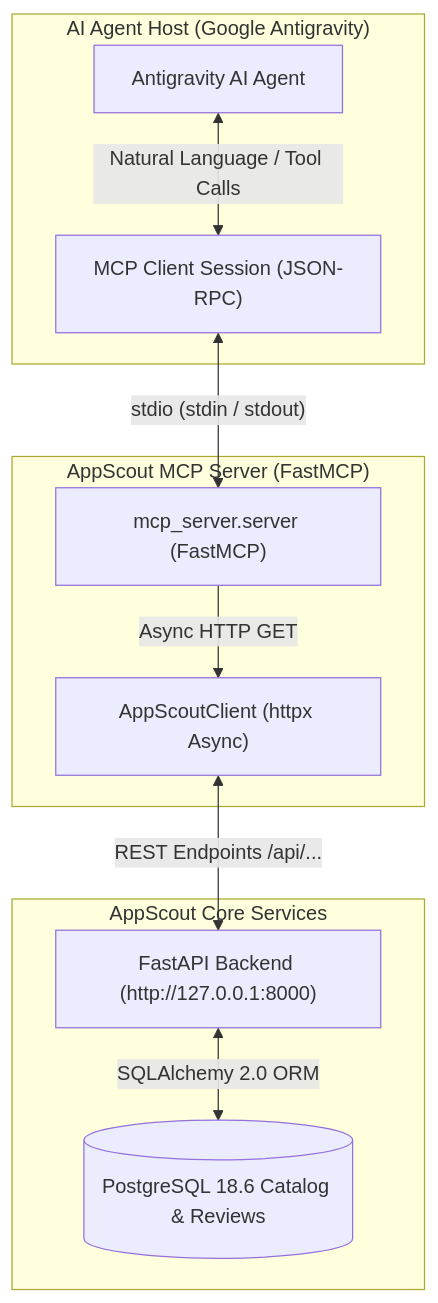
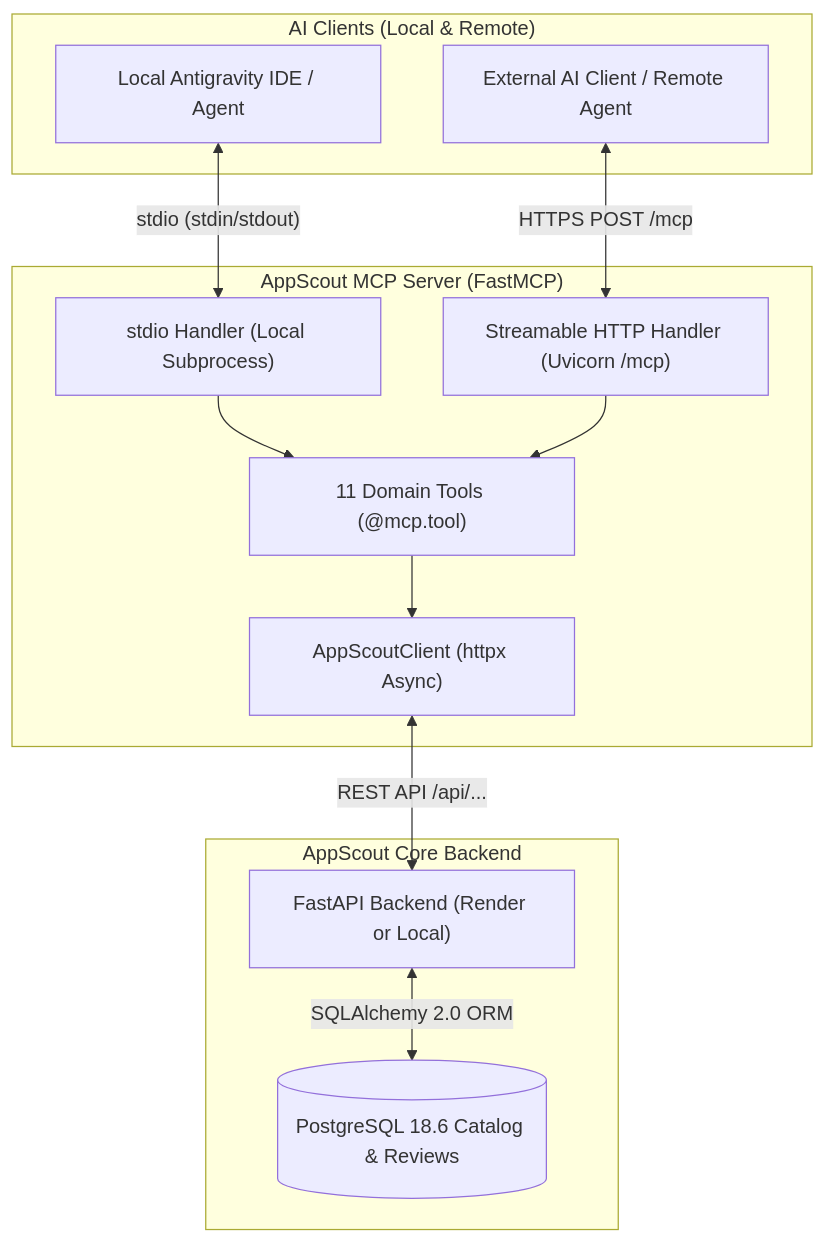
Before and after one commit to sanjana-1118/AppScout: the diagram in docs/architecture/mcp-architecture.md, drawn with Mermaid. The commit also changed other lines of this file and 3 other files, not shown here.

Commit message:
docs: document remote AppScout MCP integration

````diff
--- a/docs/architecture/mcp-architecture.md
+++ b/docs/architecture/mcp-architecture.md
@@ -11,23 +14,27 @@
 ```mermaid
 flowchart TD
-    subgraph AI_Agent_Host ["AI Agent Host (Google Antigravity)"]
-        Agent["Antigravity AI Agent"]
-        MCPClient["MCP Client Session (JSON-RPC)"]
+    subgraph Clients ["AI Clients (Local & Remote)"]
+        LocalAgent["Local Antigravity IDE / Agent"]
+        RemoteAgent["External AI Client / Remote Agent"]
     end
 
-    subgraph MCP_Layer ["AppScout MCP Server (FastMCP)"]
-        Server["mcp_server.server (FastMCP)"]
+    subgraph MCP_Server ["AppScout MCP Server (FastMCP)"]
+        StdioHandler["stdio Handler (Local Subprocess)"]
+        HTTPHandler["Streamable HTTP Handler (Uvicorn /mcp)"]
+        CoreTools["11 Domain Tools (@mcp.tool)"]
         HTTPClient["AppScoutClient (httpx Async)"]
     end
 
-    subgraph Backend_Layer ["AppScout Core Services"]
-        API["FastAPI Backend (http://127.0.0.1:8000)"]
+    subgraph Backend_Platform ["AppScout Core Backend"]
+        FastAPI["FastAPI Backend (Render or Local)"]
         DB[(PostgreSQL 18.6 Catalog & Reviews)]
     end
 
-    Agent <-->|"Natural Language / Tool Calls"| MCPClient
-    MCPClient <-->|"stdio (stdin / stdout)"| Server
-    Server -->|"Async HTTP GET"| HTTPClient
-    HTTPClient <-->|"REST Endpoints /api/..."| API
-    API <-->|"SQLAlchemy 2.0 ORM"| DB
+    LocalAgent <-->|"stdio (stdin/stdout)"| StdioHandler
+    RemoteAgent <-->|"HTTPS POST /mcp"| HTTPHandler
+    StdioHandler --> CoreTools
+    HTTPHandler --> CoreTools
+    CoreTools --> HTTPClient
+    HTTPClient <-->|"REST API /api/..."| FastAPI
+    FastAPI <-->|"SQLAlchemy 2.0 ORM"| DB
 ```
````
